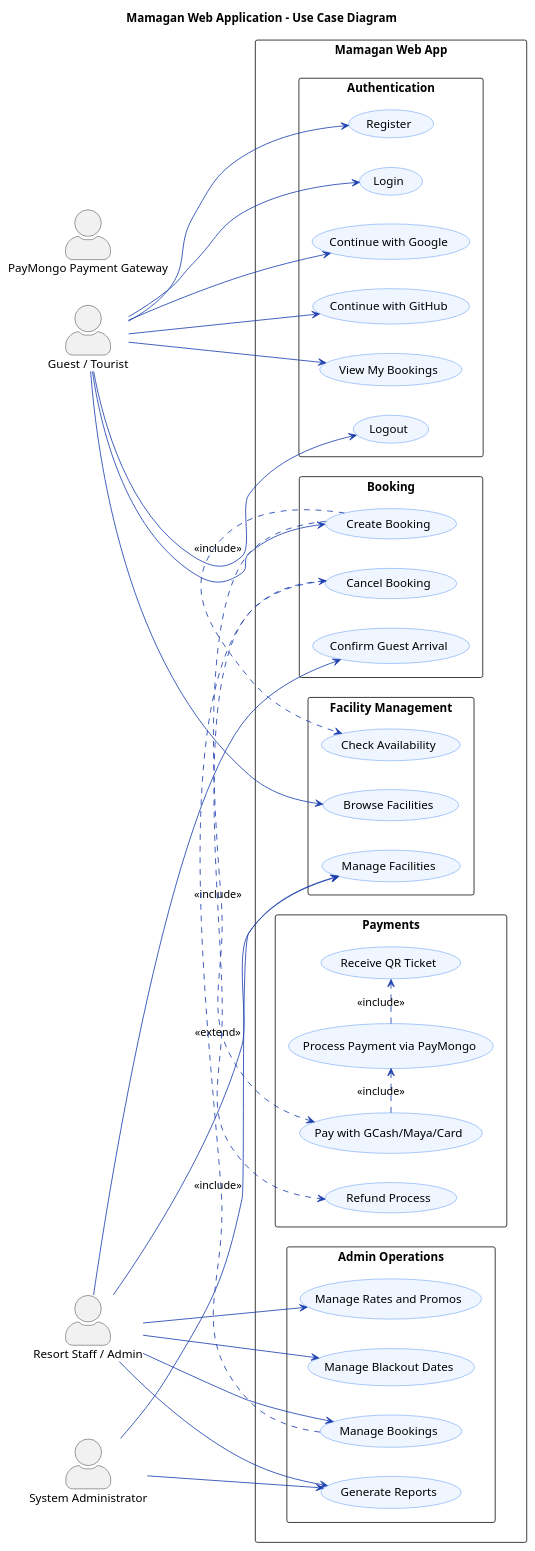
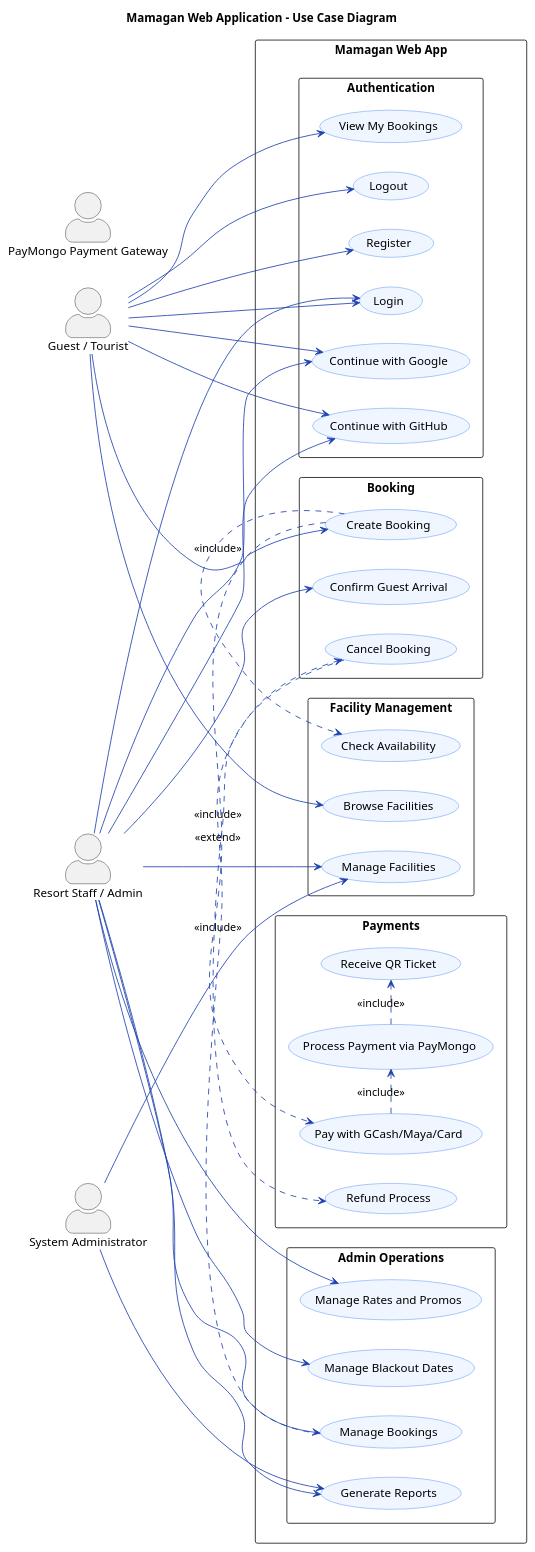
One commit to Jkevwww/MamaganWebApp changed the diagram in docs/use-case-diagram.puml. Above: the diagram before and after it, drawn with PlantUML. The commit also changed 25 other files, not shown here.

```diff
--- a/docs/use-case-diagram.puml
+++ b/docs/use-case-diagram.puml
@@ -1,95 +1,98 @@
 @startuml MamaganWebApp_UseCaseDiagram
 
 title Mamagan Web Application – Use Case Diagram
 
 left to right direction
 skinparam actorStyle awesome
 skinparam packageStyle rectangle
 skinparam usecase {
   BackgroundColor #EFF6FF
   BorderColor #3B82F6
   ArrowColor #1E40AF
 }
 
 actor "Guest / Tourist" as Guest
 actor "Resort Staff / Admin" as Staff
 actor "PayMongo Payment Gateway" as PayMongo
 actor "System Administrator" as SysAdmin
 
 rectangle "Mamagan Web App" {
 
   package "Authentication" {
     usecase "Register" as UC_Register
     usecase "Login" as UC_Login
     usecase "Continue with Google" as UC_Google
     usecase "Continue with GitHub" as UC_GitHub
     usecase "View My Bookings" as UC_ViewMyBookings
     usecase "Logout" as UC_Logout
   }
 
   package "Facility Management" {
     usecase "Browse Facilities" as UC_BrowseFacilities
     usecase "Check Availability" as UC_CheckAvailability
     usecase "Manage Facilities" as UC_ManageFacilities
   }
 
   package "Booking" {
     usecase "Create Booking" as UC_CreateBooking
     usecase "Cancel Booking" as UC_CancelBooking
     usecase "Confirm Guest Arrival" as UC_ConfirmGuestArrival
   }
 
   package "Payments" {
     usecase "Pay with GCash/Maya/Card" as UC_PayGCashMayaCard
     usecase "Process Payment via PayMongo" as UC_ProcessViaPayMongo
     usecase "Receive QR Ticket" as UC_ReceiveQRTicket
     usecase "Refund Process" as UC_RefundProcess
   }
 
   package "Admin Operations" {
     usecase "Manage Bookings" as UC_ManageBookings
     usecase "Manage Rates and Promos" as UC_ManageRatesPromos
     usecase "Manage Blackout Dates" as UC_ManageBlackoutDates
     usecase "Generate Reports" as UC_GenerateReports
   }
 
 }
 
 ' ---------------- Relationships (include/extend) ----------------
 
 Guest --> UC_Register
 Guest --> UC_Login
 Guest --> UC_Google
 Guest --> UC_GitHub
 Guest --> UC_BrowseFacilities
 Guest --> UC_CreateBooking
 Guest --> UC_ViewMyBookings
 Guest --> UC_Logout
 
+Staff --> UC_Login
+Staff --> UC_Google
+Staff --> UC_GitHub
 Staff --> UC_ManageFacilities
 Staff --> UC_ManageBookings
 Staff --> UC_ManageRatesPromos
 Staff --> UC_ManageBlackoutDates
 Staff --> UC_ConfirmGuestArrival
 Staff --> UC_GenerateReports
 
 SysAdmin --> UC_ManageFacilities
 SysAdmin --> UC_GenerateReports
 
 ' Create Booking composition
 UC_CreateBooking .> UC_CheckAvailability : <<include>>
 UC_CreateBooking .> UC_PayGCashMayaCard : <<include>>
 
 ' Payment composition
 UC_PayGCashMayaCard .> UC_ProcessViaPayMongo : <<include>>
 
 ' Success flow
 UC_ProcessViaPayMongo .> UC_ReceiveQRTicket : <<include>>
 
 ' Cancel flow
 UC_CancelBooking .> UC_RefundProcess : <<extend>>
 
 ' ---------------- Booking/admin admin relationships ----------------
 UC_ManageBookings .> UC_CancelBooking : <<include>>
 
 @enduml
```
